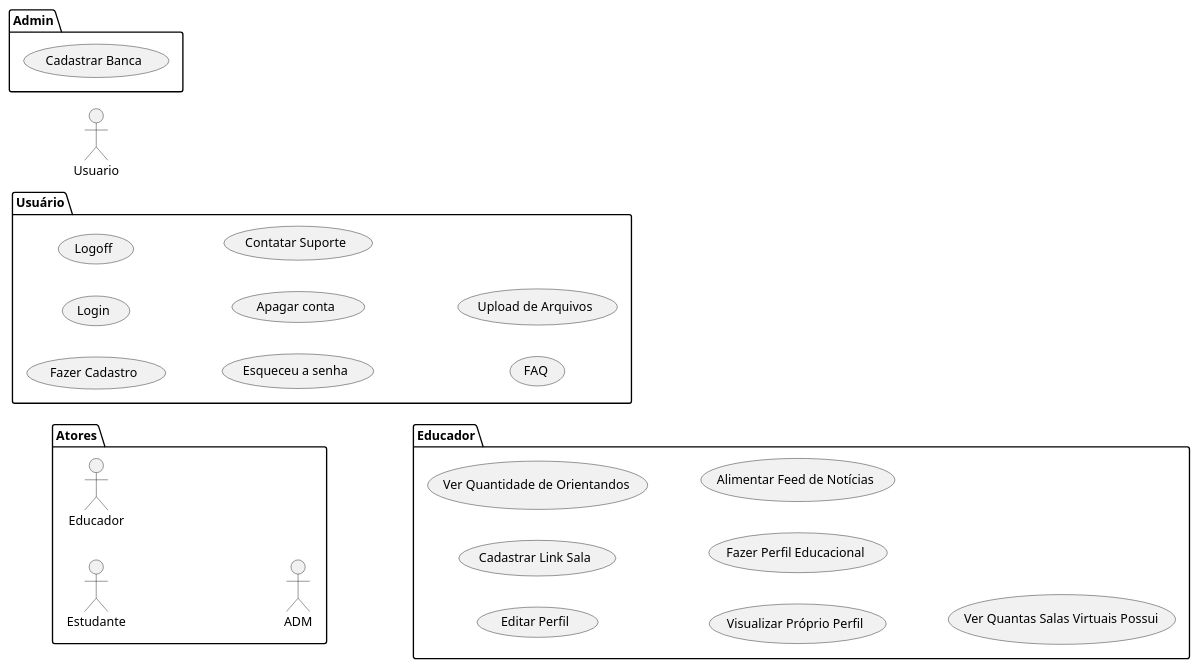
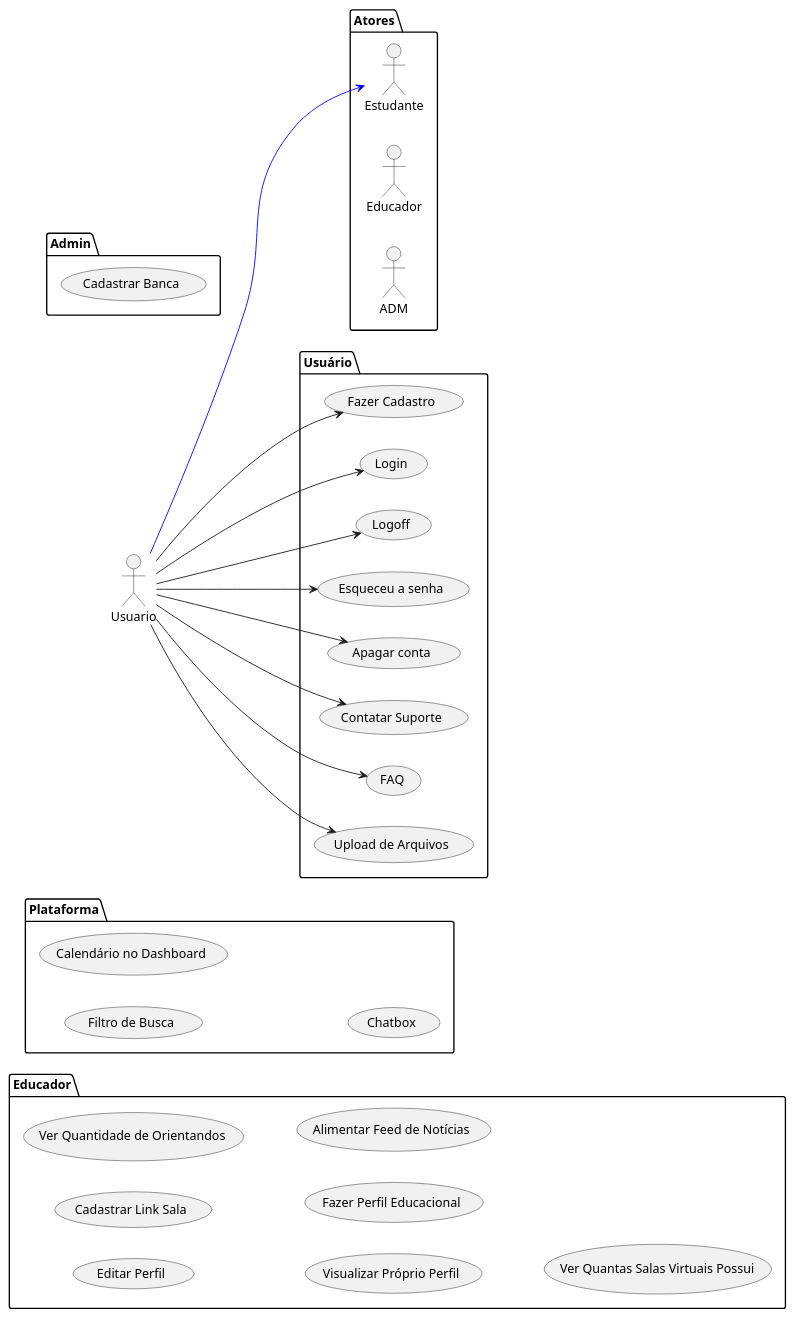
One commit to HookCycle/BITcc changed the diagram in doc/requirements.md. Above: the diagram before and after it, drawn with PlantUML. The commit also changed other lines of this file, not shown here.

Commit message:
Main | PlantUML

````diff
--- a/doc/requirements.md
+++ b/doc/requirements.md
@@ -39,32 +39,46 @@
 ```plantuml
 @startuml
 left to right direction
 actor Usuario as u
 package Atores {
   actor Estudante as e
   actor "Educador" as or
   actor "ADM" as Ad
 }
 package Usuário {
   usecase "Fazer Cadastro" as RF01
   usecase "Login" as RF02
   usecase "Logoff" as RF03
   usecase "Esqueceu a senha" as RF04
   usecase "Apagar conta" as RF05
   usecase "Contatar Suporte" as RF06
   usecase "FAQ" as RF07
   usecase "Upload de Arquivos" as RF08
 }
 package Admin{
   usecase "Cadastrar Banca" as RF09
 }
 package Educador{
   usecase "Editar Perfil" as RF10
   usecase "Cadastrar Link Sala" as RF11
   usecase "Ver Quantidade de Orientandos" as RF12
   usecase "Visualizar Próprio Perfil" as RF13
   usecase "Fazer Perfil Educacional" as RF14
   usecase "Alimentar Feed de Notícias" as RF15
   usecase "Ver Quantas Salas Virtuais Possui" as RF16
 }
+package Plataforma{
+  usecase "Filtro de Busca" as RF17
+  usecase "Calendário no Dashboard" as RF18
+  usecase "Chatbox" as RF19
+}
+  u --> RF01
+  u --> RF02
+  u --> RF03
+  u --> RF04
+  u --> RF05
+  u --> RF06
+  u --> RF07
+  u --> RF08
+u -[#0000FF]-> e
 ```
````
